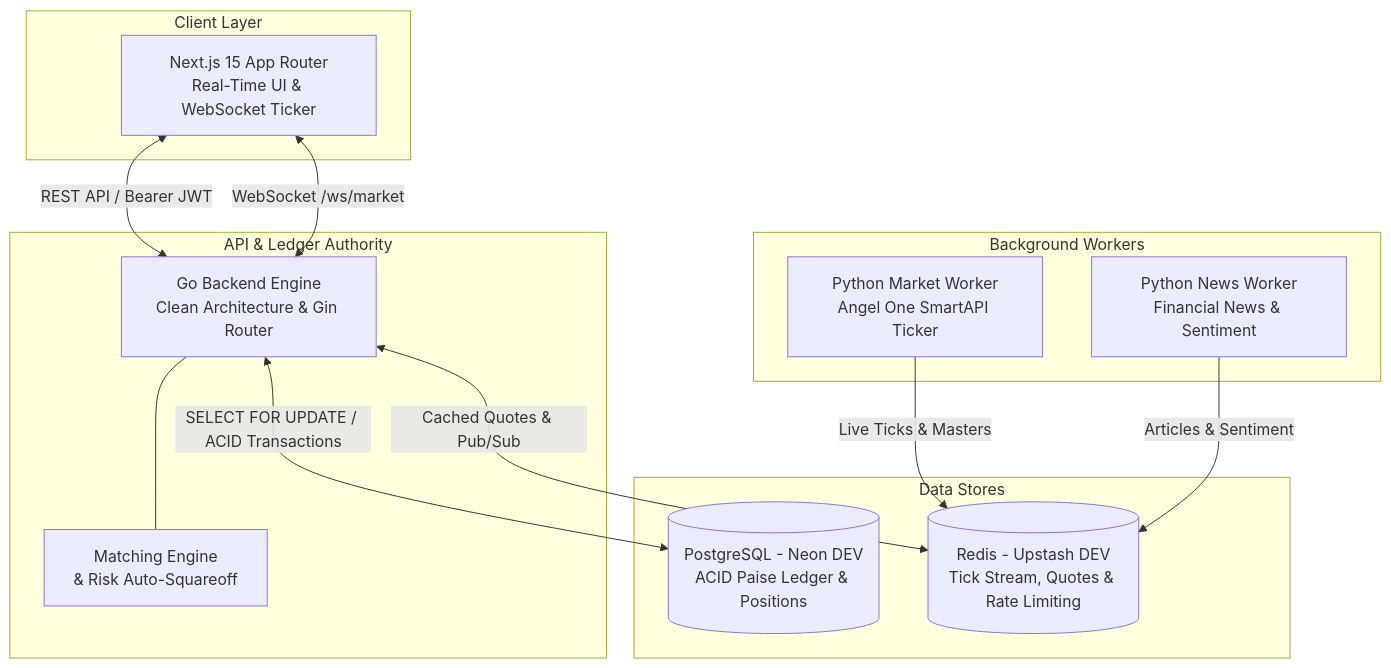
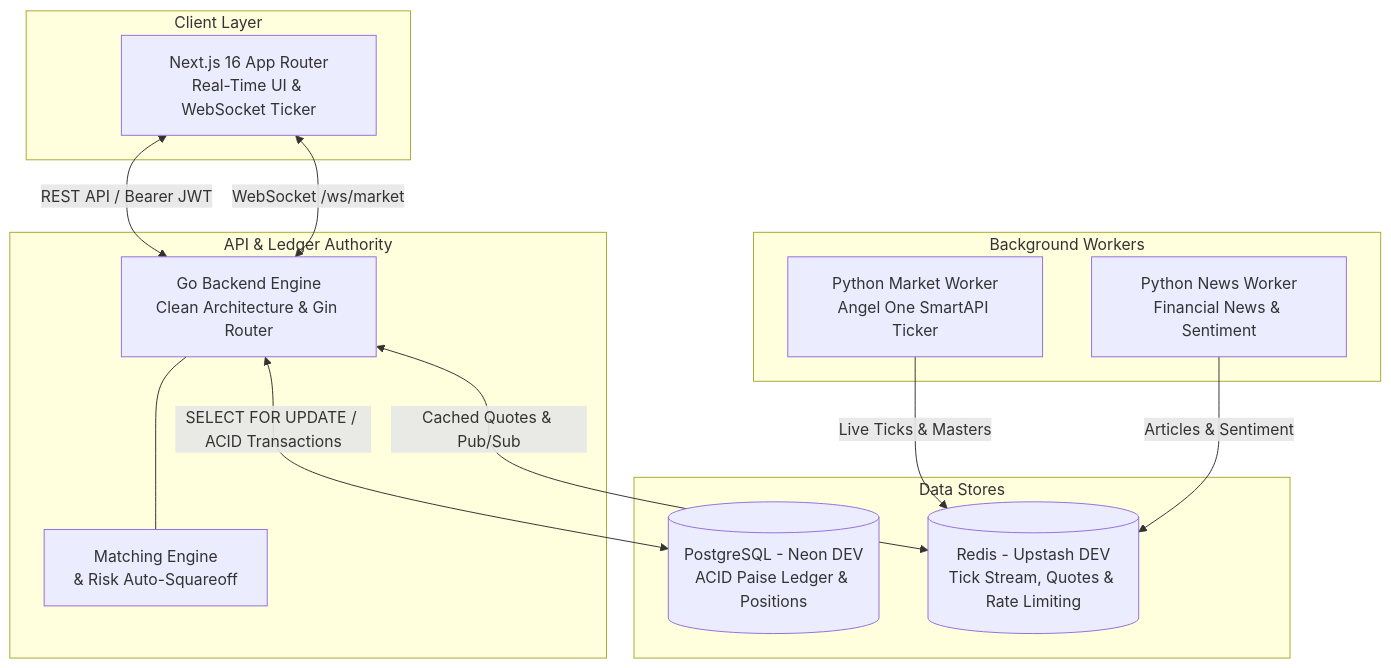
Before and after one commit to Dhiraj10002/Stock-Simulator: the diagram in README.md, drawn with Mermaid. The commit also changed other lines of this file and 57 other files, not shown here.

````diff
--- a/README.md
+++ b/README.md
@@ -11,29 +19,29 @@
 ```mermaid
 graph TB
     subgraph Client Layer
-        UI[Next.js 15 App Router<br/>Real-Time UI & WebSocket Ticker]
+        UI[Next.js 16 App Router<br/>Real-Time UI & WebSocket Ticker]
     end
 
     subgraph API & Ledger Authority
         API[Go Backend Engine<br/>Clean Architecture & Gin Router]
         ENGINE[Matching Engine<br/>& Risk Auto-Squareoff]
         API --- ENGINE
     end
 
     subgraph Background Workers
         MW[Python Market Worker<br/>Angel One SmartAPI Ticker]
         NW[Python News Worker<br/>Financial News & Sentiment]
     end
 
     subgraph Data Stores
         PG[(PostgreSQL - Neon DEV<br/>ACID Paise Ledger & Positions)]
         REDIS[(Redis - Upstash DEV<br/>Tick Stream, Quotes & Rate Limiting)]
     end
 
     UI <-->|REST API / Bearer JWT| API
     UI <-->|WebSocket /ws/market| API
     MW -->|Live Ticks & Masters| REDIS
     NW -->|Articles & Sentiment| REDIS
     API <-->|Cached Quotes & Pub/Sub| REDIS
     API <-->|SELECT FOR UPDATE / ACID Transactions| PG
 ```
````
